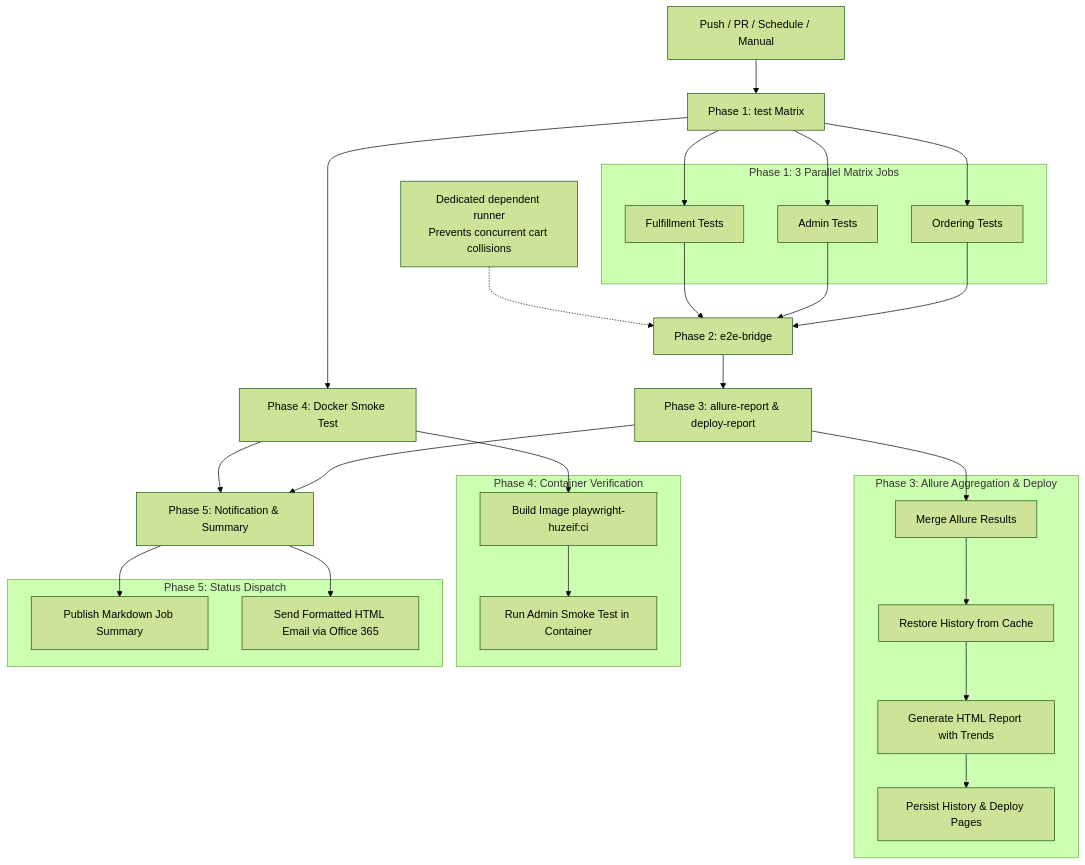
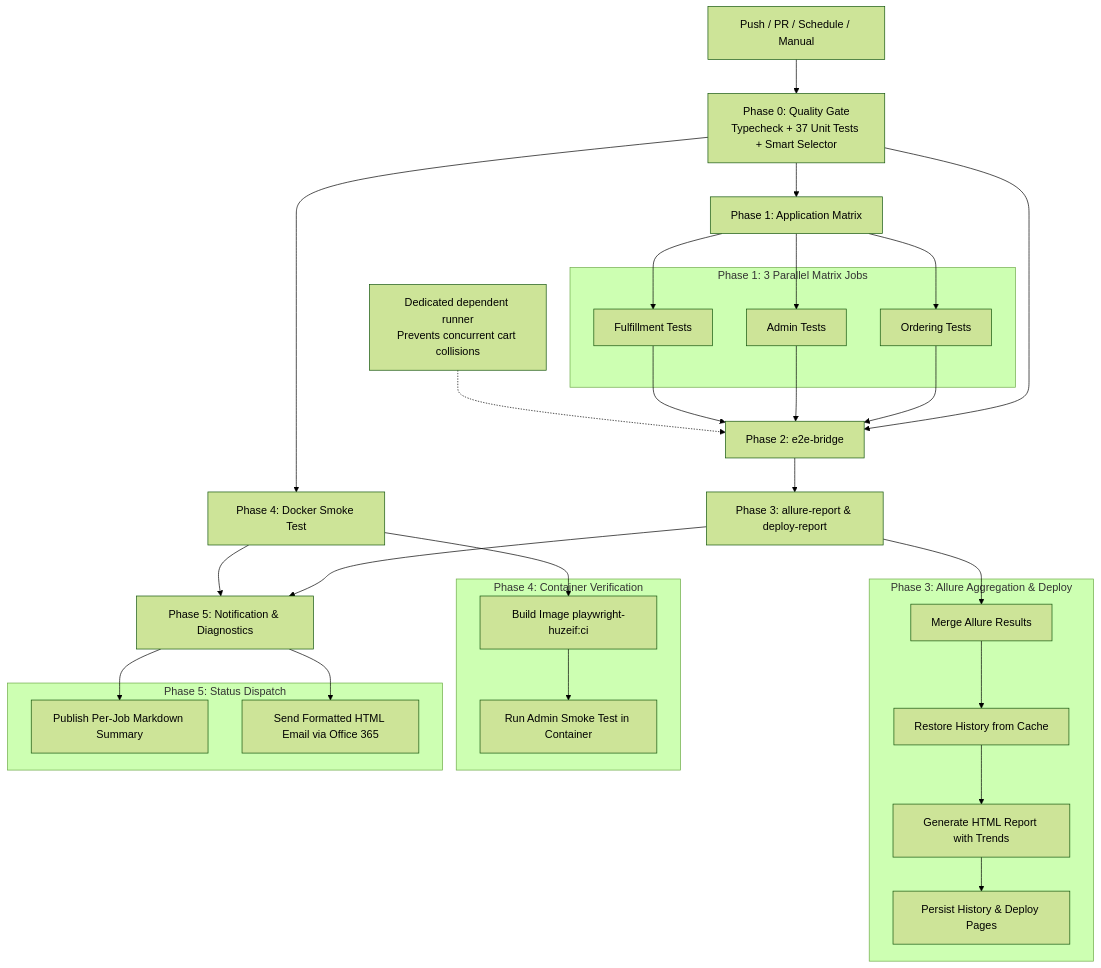
One commit to Huzeif1994/test changed the diagram in README.md. Above: the diagram before and after it, drawn with Mermaid (forest theme). The commit also changed 1 other file, not shown here.

Commit message:
ci(workflow): add standalone Phase 0 quality-gate job, pin Node 22.x, and provide granular per-job diagnostics

````diff
--- a/README.md
+++ b/README.md
@@ -169,39 +169,41 @@
 ```mermaid
 flowchart TD
-    A[Push / PR / Schedule / Manual] --> B[Phase 1: test Matrix]
+    A[Push / PR / Schedule / Manual] --> QG[Phase 0: Quality Gate<br/>Typecheck + 37 Unit Tests + Smart Selector]
+    
+    QG --> B[Phase 1: Application Matrix]
     subgraph Phase1 [Phase 1: 3 Parallel Matrix Jobs]
         B1[Ordering Tests]
         B2[Admin Tests]
         B3[Fulfillment Tests]
     end
     B --> B1
     B --> B2
     B --> B3
     
-    B1 & B2 & B3 --> C[Phase 2: e2e-bridge]
+    QG & B1 & B2 & B3 --> C[Phase 2: e2e-bridge]
     note1[Dedicated dependent runner\nPrevents concurrent cart collisions] -.-> C
     
     C --> D[Phase 3: allure-report & deploy-report]
     subgraph Phase3 [Phase 3: Allure Aggregation & Deploy]
         D1[Merge Allure Results]
         D2[Restore History from Cache]
         D3[Generate HTML Report with Trends]
         D4[Persist History & Deploy Pages]
     end
     D --> D1 --> D2 --> D3 --> D4
     
-    B --> E[Phase 4: Docker Smoke Test]
+    QG --> E[Phase 4: Docker Smoke Test]
     subgraph Phase4 [Phase 4: Container Verification]
         E1[Build Image playwright-huzeif:ci]
         E2[Run Admin Smoke Test in Container]
     end
     E --> E1 --> E2
     
-    D & E --> F[Phase 5: Notification & Summary]
+    D & E --> F[Phase 5: Notification & Diagnostics]
     subgraph Phase5 [Phase 5: Status Dispatch]
-        F1[Publish Markdown Job Summary]
+        F1[Publish Per-Job Markdown Summary]
         F2[Send Formatted HTML Email via Office 365]
     end
     F --> F1
     F --> F2
 ```
````
